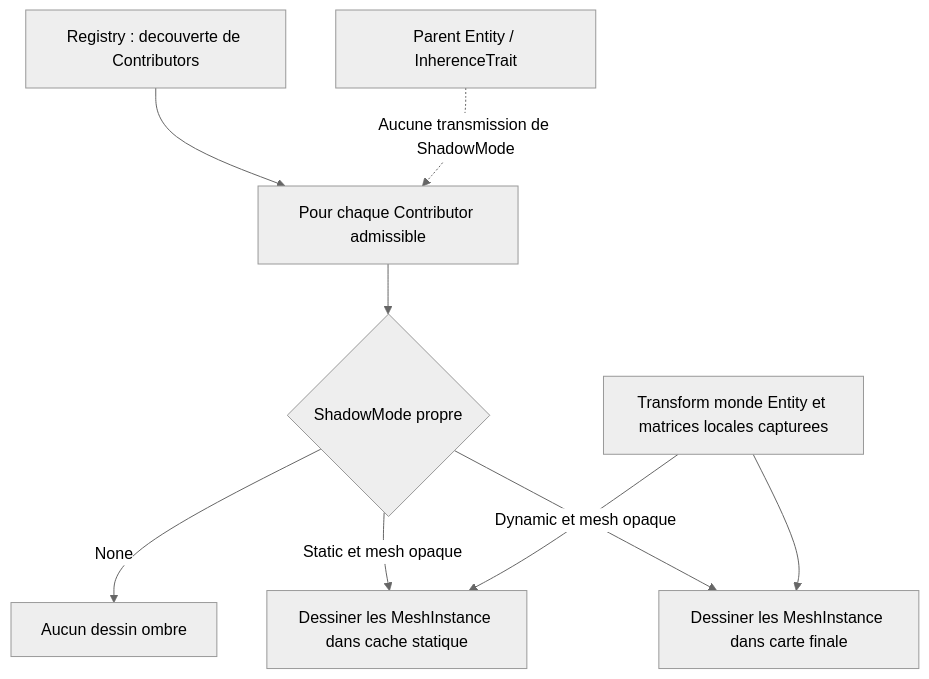
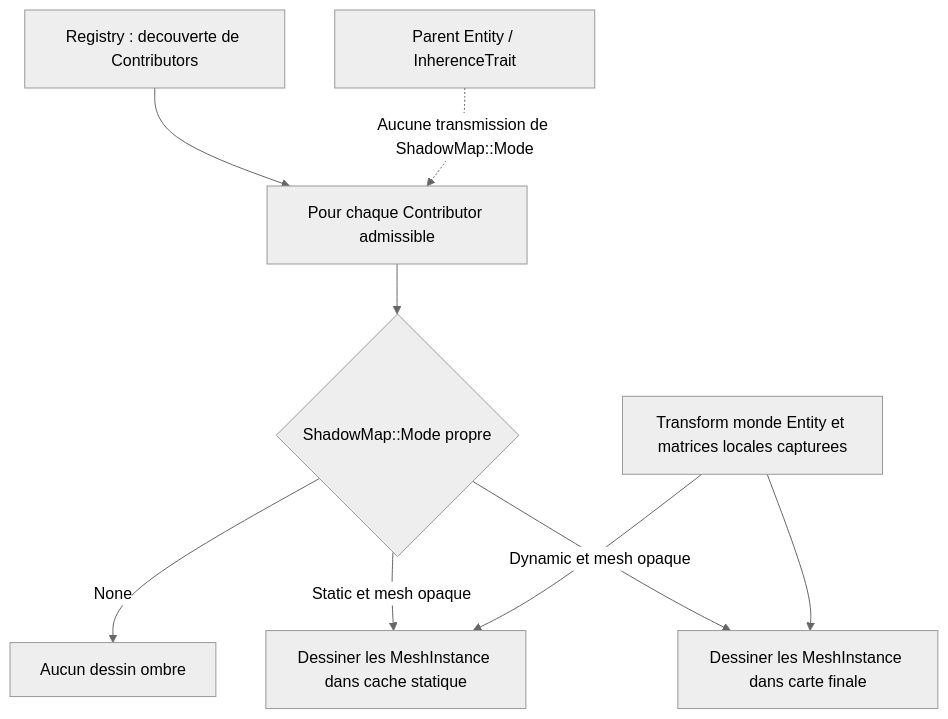
The tenth of 20 diagrams in docs/voxel-engine-v0.1.4/08-lumieres-et-ombres.md (EreliaStudio/Sparkle), drawn with Mermaid (neutral theme) before and after one commit. The commit also changed other lines of this file and 4 other files, not shown here.

Commit message:
refactor(PR20): name shadow casting enum ShadowMap::Mode

````diff
--- a/docs/voxel-engine-v0.1.4/08-lumieres-et-ombres.md
+++ b/docs/voxel-engine-v0.1.4/08-lumieres-et-ombres.md
@@ -350,11 +350,11 @@
 ```mermaid
 flowchart TD
   Registry["Registry : decouverte de Contributors"] --> Each["Pour chaque Contributor admissible"]
-  Each --> OwnMode{"ShadowMode propre"}
+  Each --> OwnMode{"ShadowMap::Mode propre"}
   OwnMode -->|"None"| None["Aucun dessin ombre"]
   OwnMode -->|"Static et mesh opaque"| Static["Dessiner les MeshInstance dans cache statique"]
   OwnMode -->|"Dynamic et mesh opaque"| Dynamic["Dessiner les MeshInstance dans carte finale"]
-  Parent["Parent Entity / InherenceTrait"] -.->|"Aucune transmission de ShadowMode"| Each
+  Parent["Parent Entity / InherenceTrait"] -.->|"Aucune transmission de ShadowMap::Mode"| Each
   Trans["Transform monde Entity et matrices locales capturees"] --> Static
   Trans --> Dynamic
 ```
````
